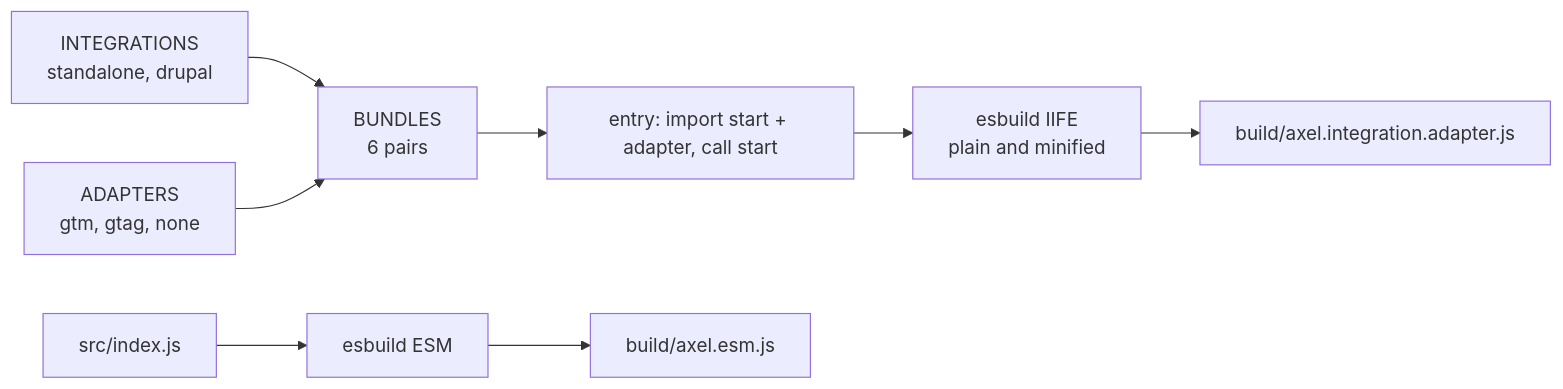
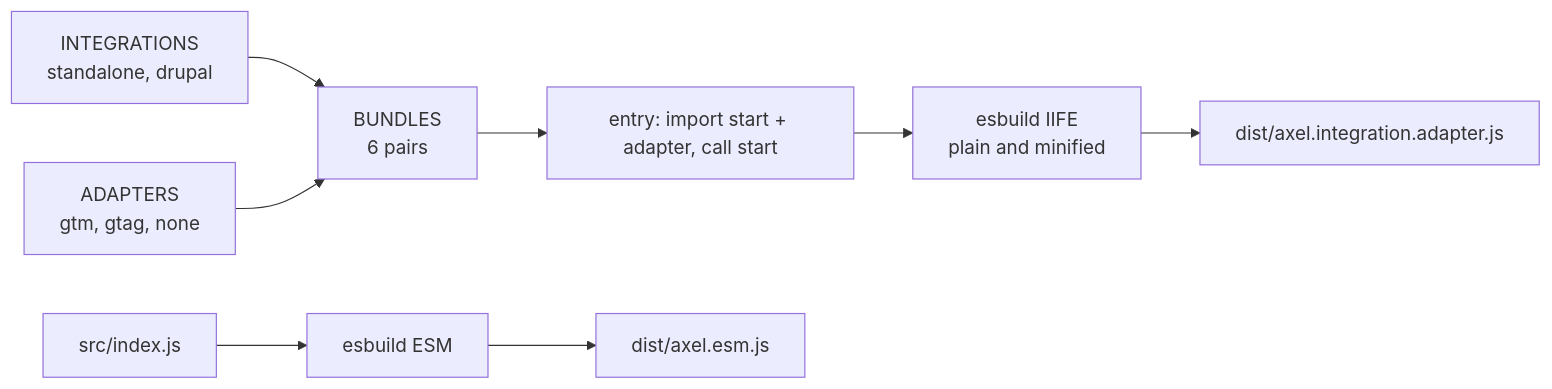
Before and after one commit to drevops/axel: the second of 3 diagrams in docs/architecture/README.md, drawn with Mermaid. The commit also changed other lines of this file and 12 other files, not shown here.

Commit message:
Renamed the bundle folder from 'build' to 'dist' and made jsDelivr the main way to load Axel. (#17)

````diff
--- a/docs/architecture/README.md
+++ b/docs/architecture/README.md
@@ -49,10 +49,10 @@
 ```mermaid
 %% Traced from: scripts/bundles.js, scripts/build.js.
 flowchart LR
     integrations[INTEGRATIONS<br>standalone, drupal] --> matrix
     adapterList[ADAPTERS<br>gtm, gtag, none] --> matrix
     matrix[BUNDLES<br>6 pairs] --> entry[entry: import start + adapter, call start]
     entry --> esbuild[esbuild IIFE<br>plain and minified]
-    esbuild --> files[build/axel.integration.adapter.js]
-    index[src/index.js] --> esm[esbuild ESM] --> esmFile[build/axel.esm.js]
+    esbuild --> files[dist/axel.integration.adapter.js]
+    index[src/index.js] --> esm[esbuild ESM] --> esmFile[dist/axel.esm.js]
 ```
````
